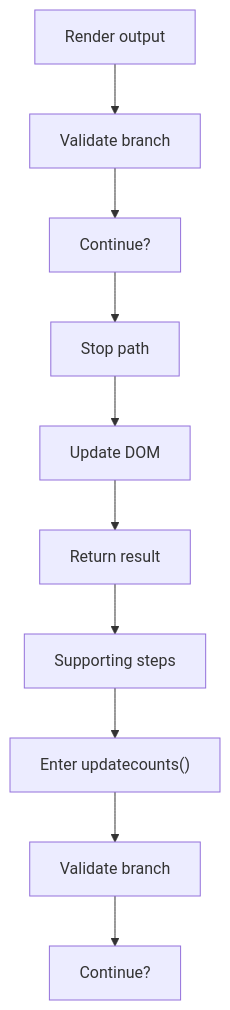
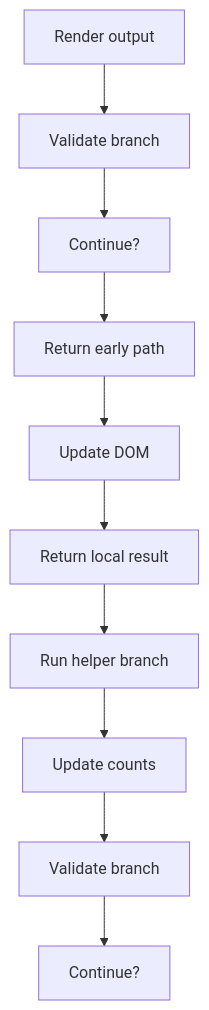
The second of 6 diagrams in docs/Codebase/Frontend/scripts/fix-suggestions.js.md (JohnAndrewBalbarosa/NeoTerritory), drawn with Mermaid before and after one commit. The commit also changed other lines of this file and 925 other files, not shown here.

````diff
--- a/docs/Codebase/Frontend/scripts/fix-suggestions.js.md
+++ b/docs/Codebase/Frontend/scripts/fix-suggestions.js.md
@@ -49,22 +48,22 @@
 ```mermaid
 flowchart TD
     N0["Render output"]
     N1["Validate branch"]
     N2["Continue?"]
-    N3["Stop path"]
+    N3["Return early path"]
     N4["Update DOM"]
-    N5["Return result"]
-    N6["Supporting steps"]
-    N7["Enter updatecounts()"]
+    N5["Return local result"]
+    N6["Run helper branch"]
+    N7["Update counts"]
     N8["Validate branch"]
     N9["Continue?"]
     N0 --> N1
     N1 --> N2
     N2 --> N3
     N3 --> N4
     N4 --> N5
     N5 --> N6
     N6 --> N7
     N7 --> N8
     N8 --> N9
 ```
````
